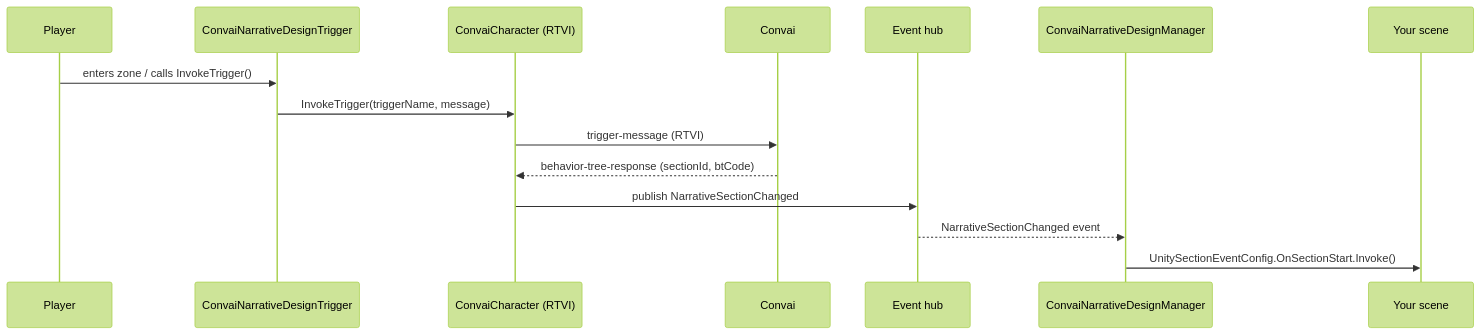
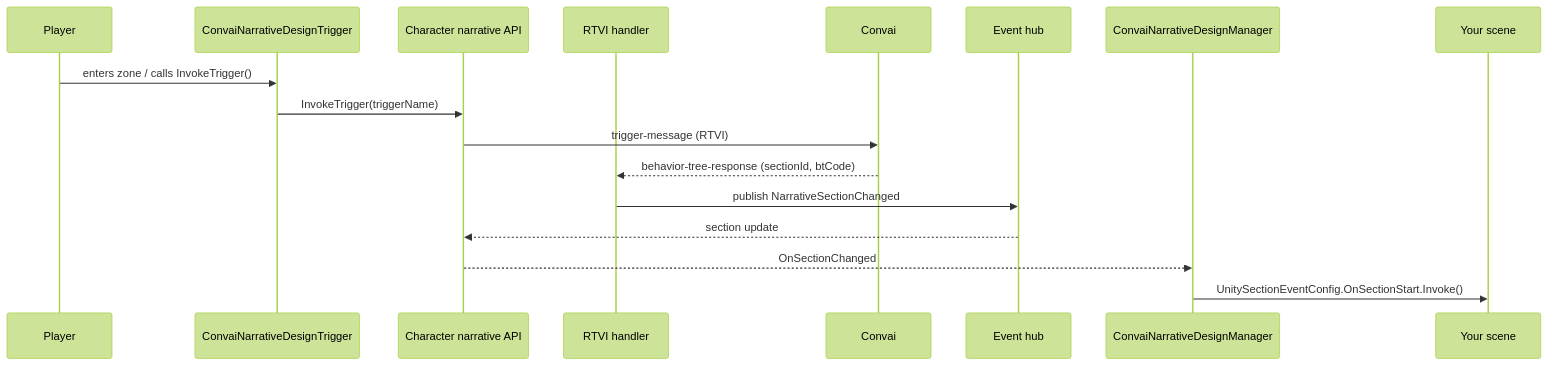
The diagram in plugins-and-integrations/convai-unity-sdk/features/narrative-design/how-narrative-design-works.md (Conv-AI/Convai-Documentation), drawn with Mermaid (forest theme) before and after one commit. The commit also changed other lines of this file and 315 other files, not shown here.

````diff
--- a/plugins-and-integrations/convai-unity-sdk/features/narrative-design/how-narrative-design-works.md
+++ b/plugins-and-integrations/convai-unity-sdk/features/narrative-design/how-narrative-design-works.md
@@ -13,18 +13,20 @@
 ```mermaid
 sequenceDiagram
     participant Player
     participant Trigger as ConvaiNarrativeDesignTrigger
-    participant Char as ConvaiCharacter (RTVI)
+    participant Char as Character narrative API
+    participant Handler as RTVI handler
     participant Backend as Convai
     participant Hub as Event hub
     participant Manager as ConvaiNarrativeDesignManager
     participant Scene as Your scene
 
     Player->>Trigger: enters zone / calls InvokeTrigger()
-    Trigger->>Char: InvokeTrigger(triggerName, message)
+    Trigger->>Char: InvokeTrigger(triggerName)
     Char->>Backend: trigger-message (RTVI)
-    Backend-->>Char: behavior-tree-response (sectionId, btCode)
-    Char->>Hub: publish NarrativeSectionChanged
-    Hub-->>Manager: NarrativeSectionChanged event
+    Backend-->>Handler: behavior-tree-response (sectionId, btCode)
+    Handler->>Hub: publish NarrativeSectionChanged
+    Hub-->>Char: section update
+    Char-->>Manager: OnSectionChanged
     Manager->>Scene: UnitySectionEventConfig.OnSectionStart.Invoke()
 ```
````
